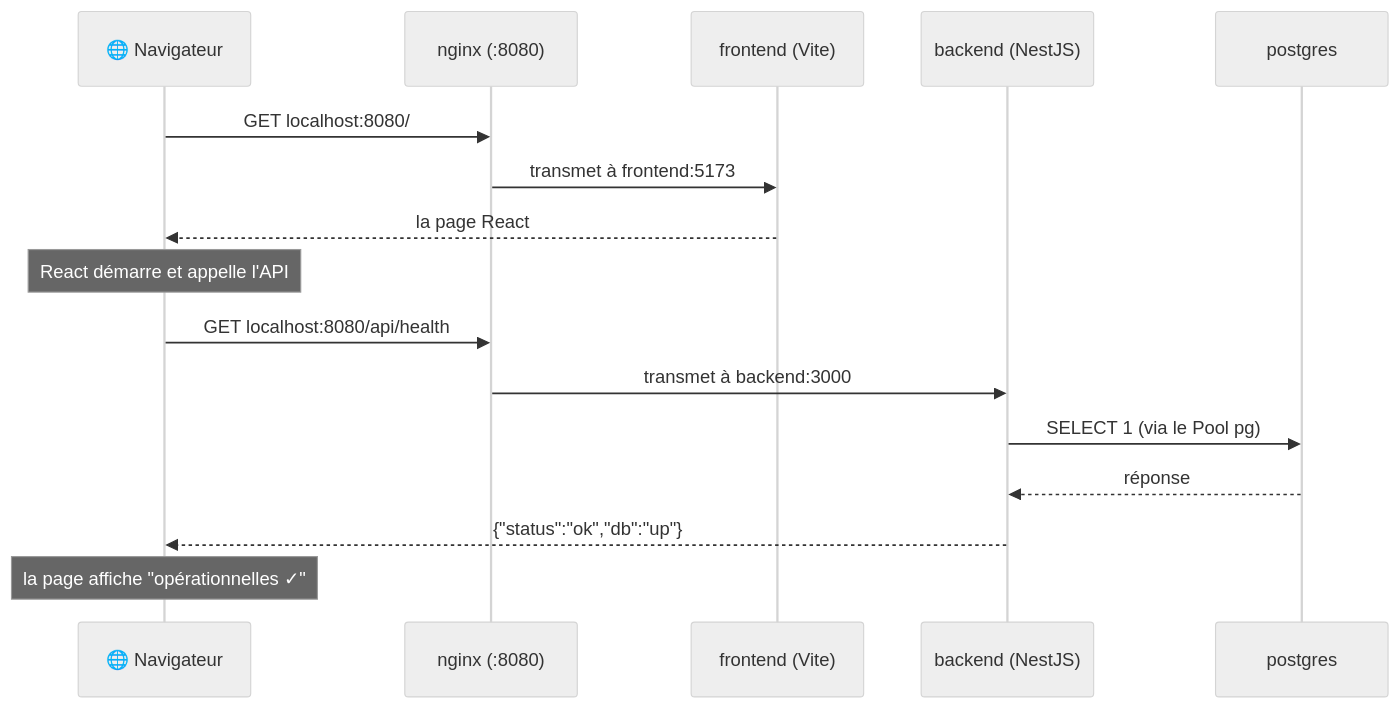
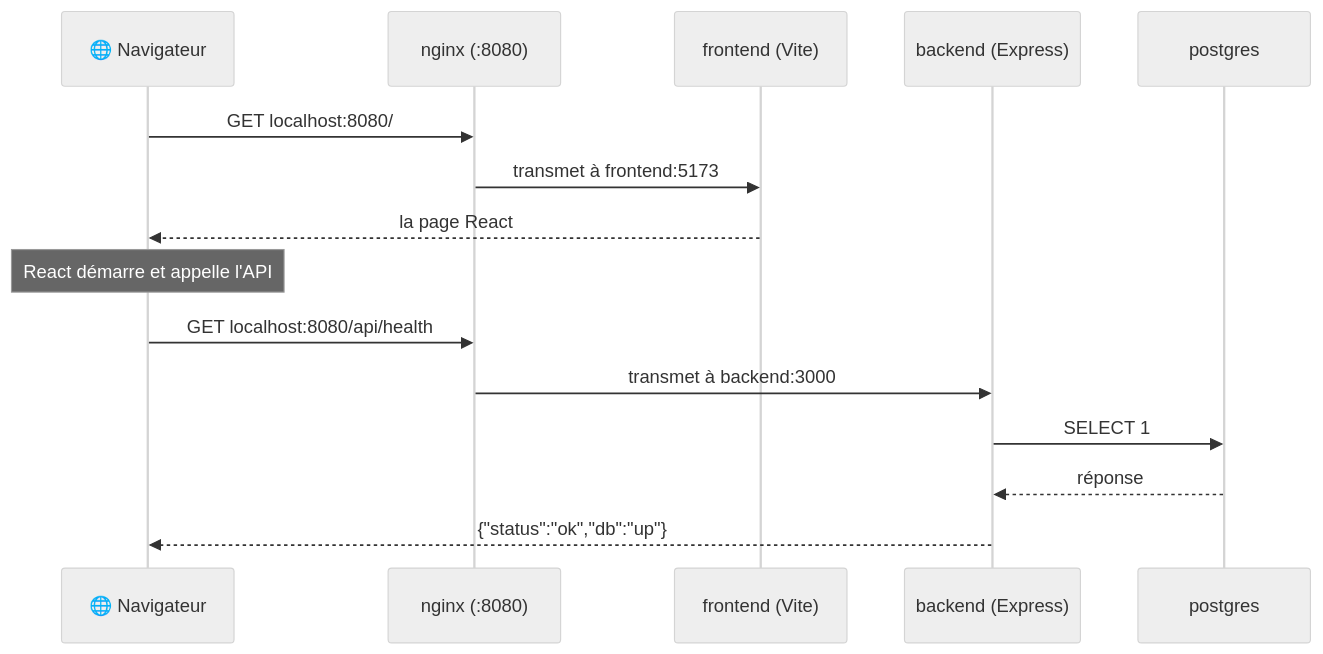
One commit to ft-Monolith/Matcha changed the fourth of 4 diagrams in docs/docker.md. Above: the diagram before and after it, drawn with Mermaid (neutral theme). The commit also changed other lines of this file and 53 other files, not shown here.

````diff
--- a/docs/docker.md
+++ b/docs/docker.md
@@ -135,19 +140,18 @@
 ```mermaid
 sequenceDiagram
     participant Nav as 🌐 Navigateur
     participant Ng as nginx (:8080)
     participant Fr as frontend (Vite)
-    participant Be as backend (NestJS)
+    participant Be as backend (Express)
     participant Pg as postgres
 
     Nav->>Ng: GET localhost:8080/
     Ng->>Fr: transmet à frontend:5173
     Fr-->>Nav: la page React
     Note over Nav: React démarre et appelle l'API
     Nav->>Ng: GET localhost:8080/api/health
     Ng->>Be: transmet à backend:3000
-    Be->>Pg: SELECT 1 (via le Pool pg)
+    Be->>Pg: SELECT 1
     Pg-->>Be: réponse
     Be-->>Nav: {"status":"ok","db":"up"}
-    Note over Nav: la page affiche "opérationnelles ✓"
 ```
````
